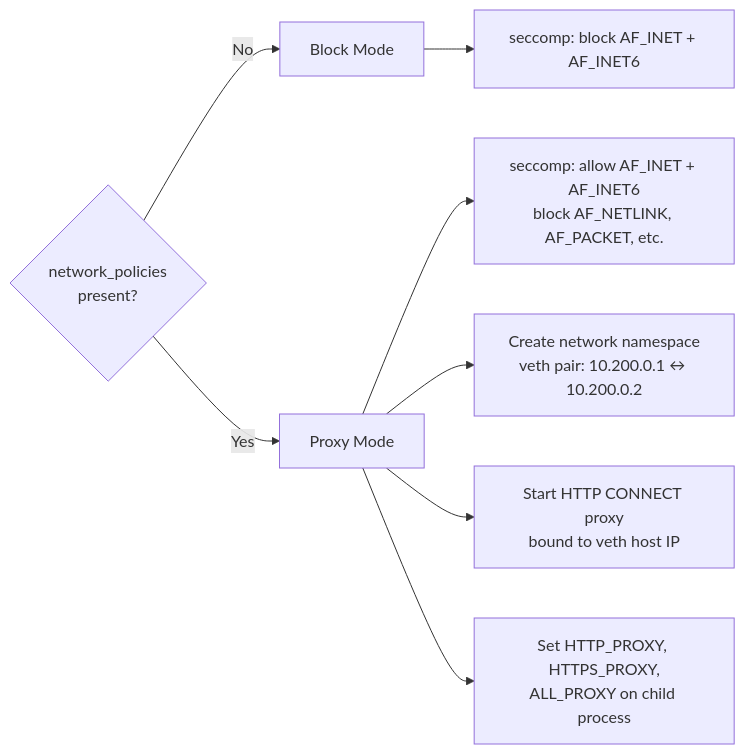
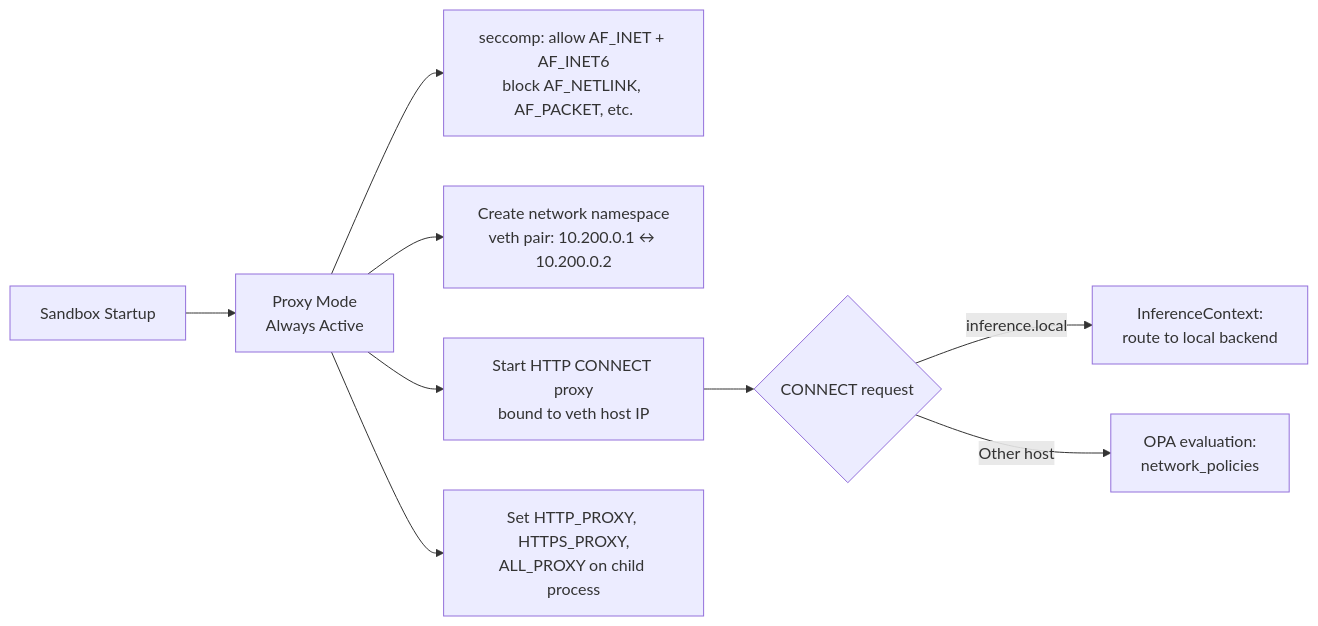
One commit to NVIDIA/OpenShell changed the third of 5 diagrams in architecture/security-policy.md. Above: the diagram before and after it, drawn with Mermaid. The commit also changed other lines of this file and 50 other files, not shown here.

First line of the commit message:
refactor(inference): simplify routing — introduce inference.local, remove implicit catch-all [skip ci]

````diff
--- a/architecture/security-policy.md
+++ b/architecture/security-policy.md
@@ -505,12 +495,13 @@
 ```mermaid
 flowchart LR
-    POLICY{network_policies<br/>present?}
-    POLICY -->|No| BLOCK[Block Mode]
-    POLICY -->|Yes| PROXY[Proxy Mode]
+    SANDBOX[Sandbox Startup] --> PROXY[Proxy Mode<br/>Always Active]
 
-    BLOCK --> SECCOMP_BLOCK["seccomp: block AF_INET + AF_INET6"]
     PROXY --> SECCOMP_ALLOW["seccomp: allow AF_INET + AF_INET6<br/>block AF_NETLINK, AF_PACKET, etc."]
     PROXY --> NETNS["Create network namespace<br/>veth pair: 10.200.0.1 ↔ 10.200.0.2"]
     PROXY --> START_PROXY["Start HTTP CONNECT proxy<br/>bound to veth host IP"]
     PROXY --> ENVVARS["Set HTTP_PROXY, HTTPS_PROXY,<br/>ALL_PROXY on child process"]
+
+    START_PROXY --> CONNECT{CONNECT request}
+    CONNECT -->|inference.local| INFERENCE["InferenceContext:<br/>route to local backend"]
+    CONNECT -->|Other host| OPA["OPA evaluation:<br/>network_policies"]
 ```
````
